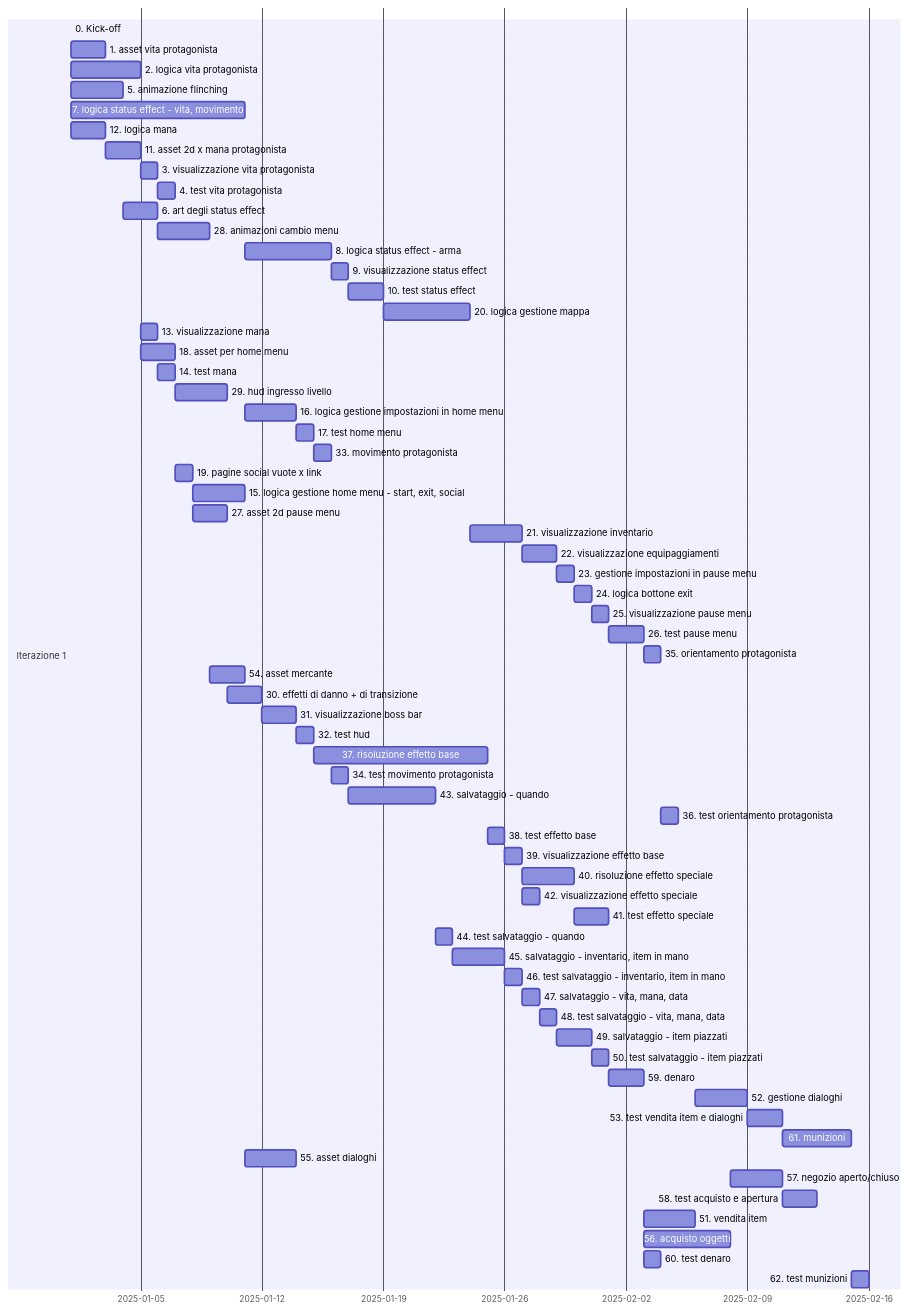
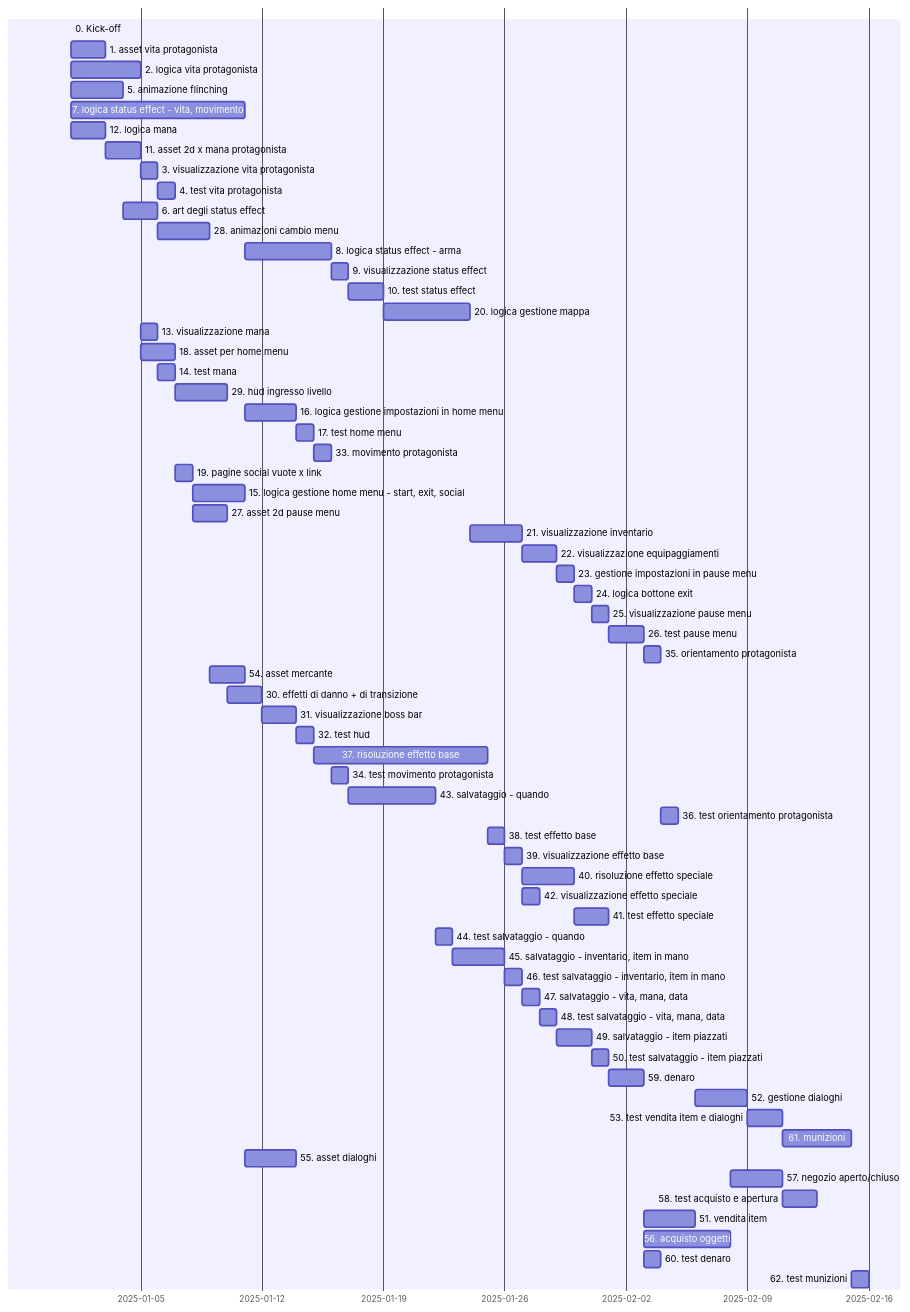
Before and after one commit to FilippoGurioli/super-chasm-hunter-pm: the diagram in docs/appendices/planning/gantt.md, drawn with Mermaid. The commit also changed 7 other files, not shown here.

````diff
--- a/docs/appendices/planning/gantt.md
+++ b/docs/appendices/planning/gantt.md
@@ -3,68 +3,67 @@
 ```mermaid
 gantt
     dateFormat DD-MM-YYYY
-    section Iterazione 1
-        0. Kick-off :t0, 01-01-2025, 0d
-        1. asset vita protagonista :t1, after t0, 2d
-        2. logica vita protagonista :t2, after t0, 4d
-        5. animazione flinching :t5, after t0, 3d
-        7. logica status effect - vita, movimento :t7, after t0, 10d
-        12. logica mana :t12, after t0, 2d
-        11. asset 2d x mana protagonista :t11, after t1, 2d
-        3. visualizzazione vita protagonista :t3, after t2, 1d
-        4. test vita protagonista :t4, after t3, 1d
-        6. art degli status effect :t6, after t5, 2d
-        28. animazioni cambio menu :t28, after t6, 3d
-        8. logica status effect - arma :t8, after t7, 5d
-        9. visualizzazione status effect :t9, after t8, 1d
-        10. test status effect :t10, after t9, 2d
-        20. logica gestione mappa :t20, after t10, 5d
-        13. visualizzazione mana :t13, after t11, 1d
-        18. asset per home menu :t18, after t11, 2d
-        14. test mana :t14, after t13, 1d
-        29. hud ingresso livello :t29, after t14, 3d
-        16. logica gestione impostazioni in home menu :t16, after t15, 3d
-        17. test home menu :t17, after t16, 1d
-        33. movimento protagonista :t33, after t17, 1d
-        19. pagine social vuote x link :t19, after t18, 0.5d
-        15. logica gestione home menu - start, exit, social :t15, after t19, 3d
-        27. asset 2d pause menu :t27, after t19, 2d
-        21. visualizzazione inventario :t21, after t20, 3d
-        22. visualizzazione equipaggiamenti :t22, after t21, 2d
-        23. gestione impostazioni in pause menu :t23, after t22, 1d
-        24. logica bottone exit :t24, after t23, 1d
-        25. visualizzazione pause menu :t25, after t24, 1d
-        26. test pause menu :t26, after t25, 2d
-        35. orientamento protagonista :t35, after t26, 1d
-        54. asset mercante :t54, after t28, 2d
-        30. effetti di danno + di transizione :t30, after t29, 2d
-        31. visualizzazione boss bar :t31, after t30, 2d
-        32. test hud :t32, after t31, 1d
-        37. risoluzione effetto base :t37, after t32, 10d
-        34. test movimento protagonista :t34, after t33, 1d
-        43. salvataggio - quando :t43, after t34, 5d
-        36. test orientamento protagonista :t36, after t35, 1d
-        38. test effetto base :t38, after t37, 1d
-        39. visualizzazione effetto base :t39, after t38, 1d
-        40. risoluzione effetto speciale :t40, after t39, 3d
-        42. visualizzazione effetto speciale :t42, after t39, 1d
-        41. test effetto speciale :t41, after t40, 2d
-        44. test salvataggio - quando :t44, after t43, 1d
-        45. salvataggio - inventario, item in mano :t45, after t44, 3d
-        46. test salvataggio - inventario, item in mano :t46, after t45, 1d
-        47. salvataggio - vita, mana, data :t47, after t46, 1d
-        48. test salvataggio - vita, mana, data :t48, after t47, 1d
-        49. salvataggio - item piazzati :t49, after t48, 2d
-        50. test salvataggio - item piazzati :t50, after t49, 1d
-        59. denaro :t59, after t50, 2d
-        52. gestione dialoghi :t52, after t51, 3d
-        53. test vendita item e dialoghi :t53, after t52, 2d
-        61. munizioni :t61, after t53, 4d
-        55. asset dialoghi :t55, after t54, 3d
-        57. negozio aperto/chiuso :t57, after t56, 3d
-        58. test acquisto e apertura :t58, after t57, 2d
-        51. vendita item :t51, after t59, 3d
-        56. acquisto oggetti :t56, after t59, 5d
-        60. test denaro :t60, after t59, 1d
-        62. test munizioni :t62, after t61, 1d
+    0. Kick-off :t0, 01-01-2025, 0d
+    1. asset vita protagonista :t1, after t0, 2d
+    2. logica vita protagonista :t2, after t0, 4d
+    5. animazione flinching :t5, after t0, 3d
+    7. logica status effect - vita, movimento :t7, after t0, 10d
+    12. logica mana :t12, after t0, 2d
+    11. asset 2d x mana protagonista :t11, after t1, 2d
+    3. visualizzazione vita protagonista :t3, after t2, 1d
+    4. test vita protagonista :t4, after t3, 1d
+    6. art degli status effect :t6, after t5, 2d
+    28. animazioni cambio menu :t28, after t6, 3d
+    8. logica status effect - arma :t8, after t7, 5d
+    9. visualizzazione status effect :t9, after t8, 1d
+    10. test status effect :t10, after t9, 2d
+    20. logica gestione mappa :t20, after t10, 5d
+    13. visualizzazione mana :t13, after t11, 1d
+    18. asset per home menu :t18, after t11, 2d
+    14. test mana :t14, after t13, 1d
+    29. hud ingresso livello :t29, after t14, 3d
+    16. logica gestione impostazioni in home menu :t16, after t15, 3d
+    17. test home menu :t17, after t16, 1d
+    33. movimento protagonista :t33, after t17, 1d
+    19. pagine social vuote x link :t19, after t18, 0.5d
+    15. logica gestione home menu - start, exit, social :t15, after t19, 3d
+    27. asset 2d pause menu :t27, after t19, 2d
+    21. visualizzazione inventario :t21, after t20, 3d
+    22. visualizzazione equipaggiamenti :t22, after t21, 2d
+    23. gestione impostazioni in pause menu :t23, after t22, 1d
+    24. logica bottone exit :t24, after t23, 1d
+    25. visualizzazione pause menu :t25, after t24, 1d
+    26. test pause menu :t26, after t25, 2d
+    35. orientamento protagonista :t35, after t26, 1d
+    54. asset mercante :t54, after t28, 2d
+    30. effetti di danno + di transizione :t30, after t29, 2d
+    31. visualizzazione boss bar :t31, after t30, 2d
+    32. test hud :t32, after t31, 1d
+    37. risoluzione effetto base :t37, after t32, 10d
+    34. test movimento protagonista :t34, after t33, 1d
+    43. salvataggio - quando :t43, after t34, 5d
+    36. test orientamento protagonista :t36, after t35, 1d
+    38. test effetto base :t38, after t37, 1d
+    39. visualizzazione effetto base :t39, after t38, 1d
+    40. risoluzione effetto speciale :t40, after t39, 3d
+    42. visualizzazione effetto speciale :t42, after t39, 1d
+    41. test effetto speciale :t41, after t40, 2d
+    44. test salvataggio - quando :t44, after t43, 1d
+    45. salvataggio - inventario, item in mano :t45, after t44, 3d
+    46. test salvataggio - inventario, item in mano :t46, after t45, 1d
+    47. salvataggio - vita, mana, data :t47, after t46, 1d
+    48. test salvataggio - vita, mana, data :t48, after t47, 1d
+    49. salvataggio - item piazzati :t49, after t48, 2d
+    50. test salvataggio - item piazzati :t50, after t49, 1d
+    59. denaro :t59, after t50, 2d
+    52. gestione dialoghi :t52, after t51, 3d
+    53. test vendita item e dialoghi :t53, after t52, 2d
+    61. munizioni :t61, after t53, 4d
+    55. asset dialoghi :t55, after t54, 3d
+    57. negozio aperto/chiuso :t57, after t56, 3d
+    58. test acquisto e apertura :t58, after t57, 2d
+    51. vendita item :t51, after t59, 3d
+    56. acquisto oggetti :t56, after t59, 5d
+    60. test denaro :t60, after t59, 1d
+    62. test munizioni :t62, after t61, 1d
 ```
````
